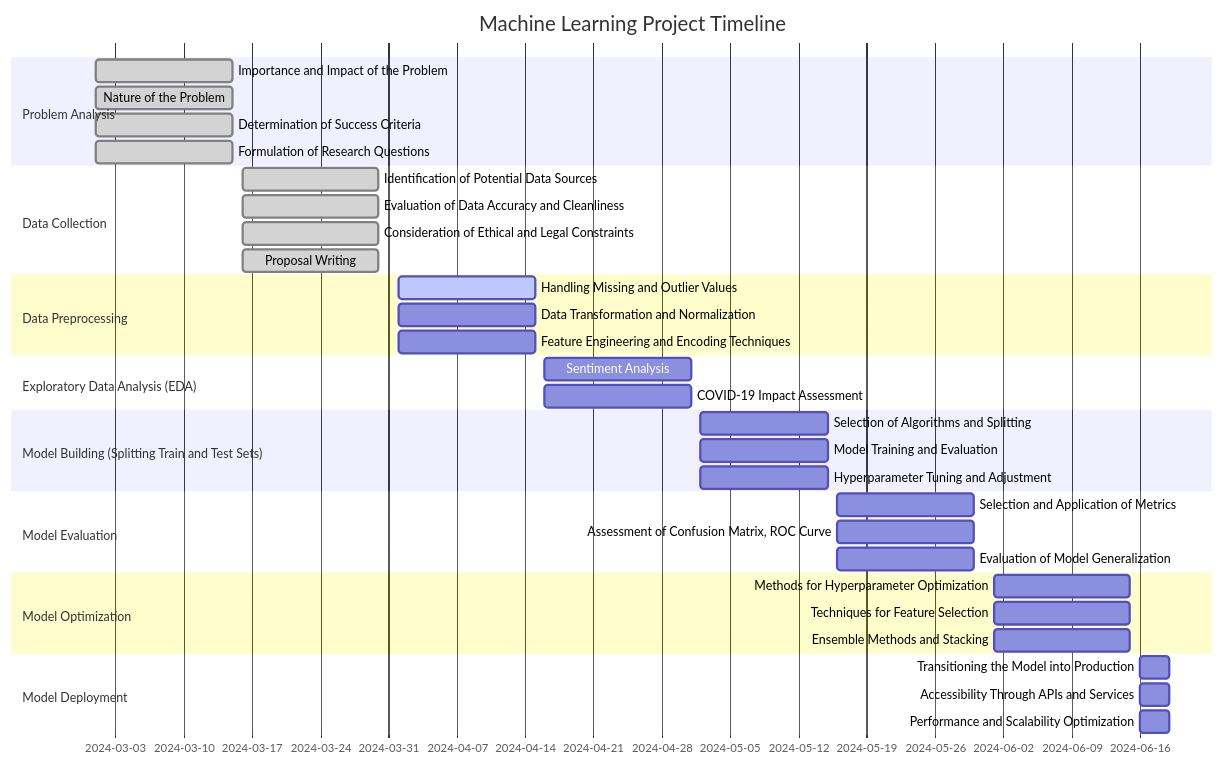
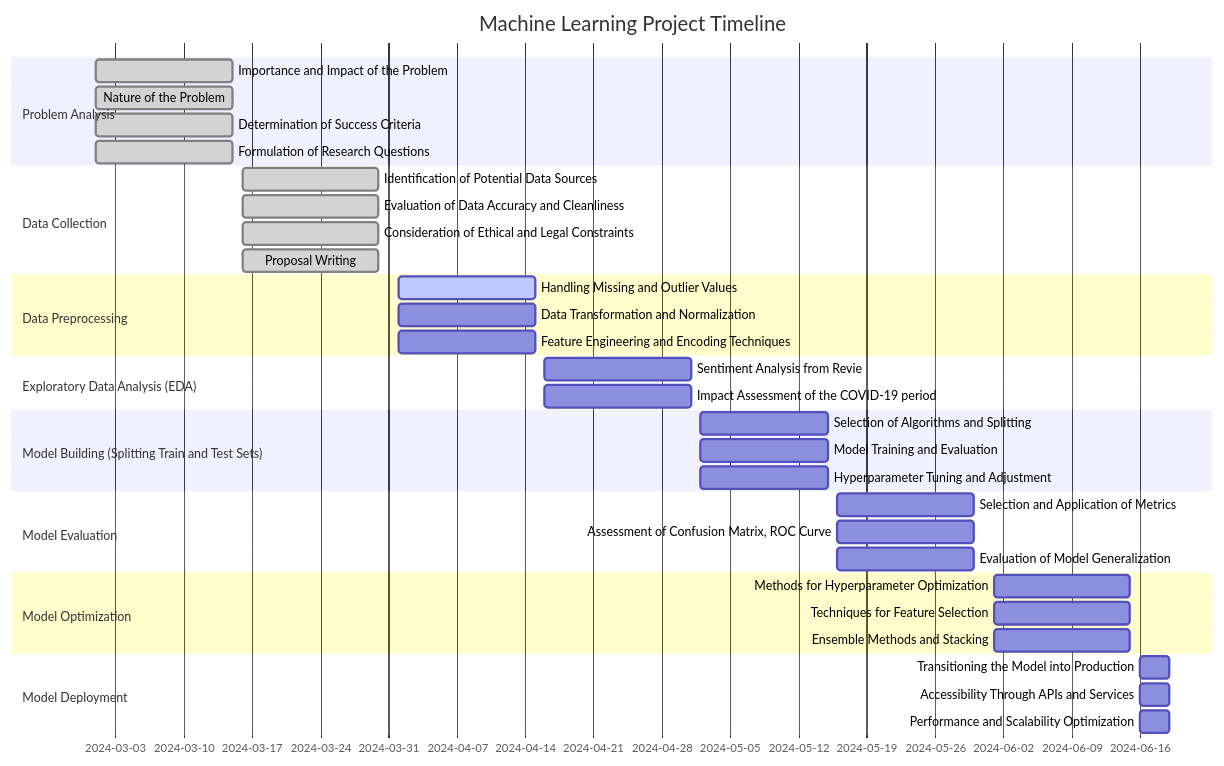
Before and after one commit to BILGI-IE-423/ie423-2024-termproject-codecharmers: the diagram in hilalGantt.md, drawn with Mermaid.

````diff
--- a/hilalGantt.md
+++ b/hilalGantt.md
@@ -2,48 +2,48 @@
 ```mermaid
 gantt
     title Machine Learning Project Timeline
 
     dateFormat  YYYY-MM-DD
     section Problem Analysis
     Importance and Impact of the Problem        :done,    p1, 2024-03-01, 2024-03-15
     Nature of the Problem                       :done,    p2, 2024-03-01, 2024-03-15
     Determination of Success Criteria           :done,    p3, 2024-03-01, 2024-03-15
     Formulation of Research Questions           :done,    p4, 2024-03-01, 2024-03-15
 
     section Data Collection
     Identification of Potential Data Sources    :done,    d1, 2024-03-16, 2024-03-30
     Evaluation of Data Accuracy and Cleanliness :done,    d2, 2024-03-16, 2024-03-30
     Consideration of Ethical and Legal Constraints :done, d3, 2024-03-16, 2024-03-30
     Proposal Writing                            :done,    d4, 2024-03-16, 2024-03-30
 
     section Data Preprocessing
     Handling Missing and Outlier Values         :active,  dp1, 2024-04-01, 2024-04-15
     Data Transformation and Normalization       :         dp2, 2024-04-01, 2024-04-15
     Feature Engineering and Encoding Techniques :         dp3, 2024-04-01, 2024-04-15
 
     section Exploratory Data Analysis (EDA)
-    Sentiment Analysis                          :         eda1, 2024-04-16, 2024-05-01
-    COVID-19 Impact Assessment                  :         eda2, 2024-04-16, 2024-05-01
+    Sentiment Analysis from Revie               :         eda1, 2024-04-16, 2024-05-01
+    Impact Assessment of the COVID-19 period    :         eda2, 2024-04-16, 2024-05-01
 
 
     section Model Building (Splitting Train and Test Sets)
     Selection of Algorithms and Splitting      :         mb1, 2024-05-02, 2024-05-15
     Model Training and Evaluation              :         mb2, 2024-05-02, 2024-05-15
     Hyperparameter Tuning and Adjustment       :         mb3, 2024-05-02, 2024-05-15
 
     section Model Evaluation
     Selection and Application of Metrics       :         me1, 2024-05-16, 2024-05-30
     Assessment of Confusion Matrix, ROC Curve  :         me2, 2024-05-16, 2024-05-30
     Evaluation of Model Generalization         :         me3, 2024-05-16, 2024-05-30
 
     section Model Optimization
     Methods for Hyperparameter Optimization    :         mo1, 2024-06-01, 2024-06-15
     Techniques for Feature Selection           :         mo2, 2024-06-01, 2024-06-15
     Ensemble Methods and Stacking              :         mo3, 2024-06-01, 2024-06-15
 
     section Model Deployment
     Transitioning the Model into Production   :         md1, 2024-06-16, 2024-06-19
     Accessibility Through APIs and Services   :         md2, 2024-06-16, 2024-06-19
     Performance and Scalability Optimization  :         md3, 2024-06-16, 2024-06-19
 
 ```
````
